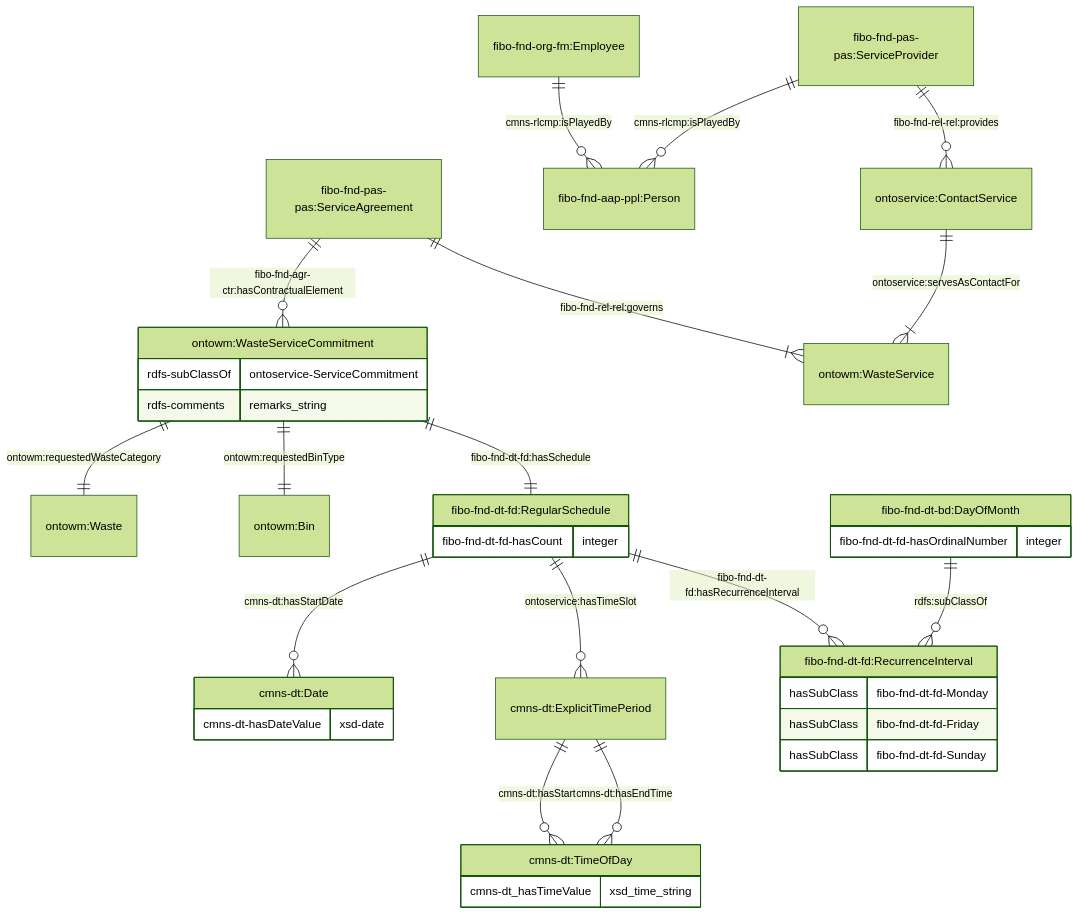
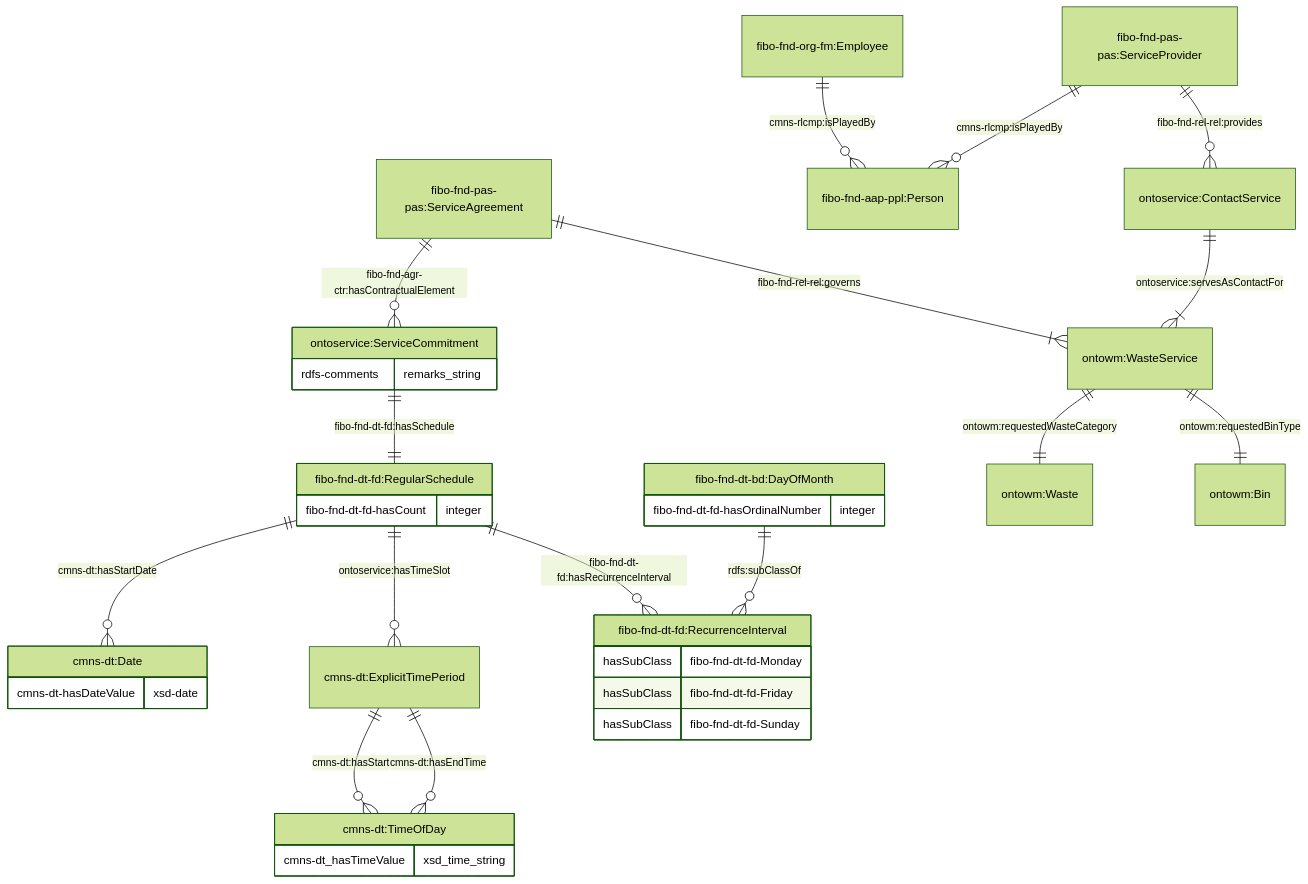
The second of 8 diagrams in JPS_Ontology/ontology/ontowastemanagement/README.md (cambridge-cares/TheWorldAvatar), drawn with Mermaid (forest theme) before and after one commit. The commit also changed other lines of this file and 2 other files, not shown here.

Commit message:
dev-ontowastemanagement: Remove waste service commitment and move its properties to the waste service

````diff
--- a/JPS_Ontology/ontology/ontowastemanagement/README.md
+++ b/JPS_Ontology/ontology/ontowastemanagement/README.md
@@ -109,45 +111,44 @@
 ```mermaid
     erDiagram
-    "fibo-fnd-pas-pas:ServiceAgreement" ||--o{ "ontowm:WasteServiceCommitment" : "fibo-fnd-agr-ctr:hasContractualElement"
+    "fibo-fnd-pas-pas:ServiceAgreement" ||--o{ "ontoservice:ServiceCommitment" : "fibo-fnd-agr-ctr:hasContractualElement"
 
-    "ontowm:WasteServiceCommitment" {
-        rdfs-subClassOf ontoservice-ServiceCommitment
+    "ontoservice:ServiceCommitment" {
         rdfs-comments remarks_string
     }
 
-    "ontowm:WasteServiceCommitment" ||--|| "ontowm:Waste" : "ontowm:requestedWasteCategory"
-    "ontowm:WasteServiceCommitment" ||--|| "ontowm:Bin" : "ontowm:requestedBinType"
-
-    "ontowm:WasteServiceCommitment" ||--|| "fibo-fnd-dt-fd:RegularSchedule" : "fibo-fnd-dt-fd:hasSchedule"
+    "ontoservice:ServiceCommitment" ||--|| "fibo-fnd-dt-fd:RegularSchedule" : "fibo-fnd-dt-fd:hasSchedule"
      "fibo-fnd-dt-fd:RegularSchedule" {
         fibo-fnd-dt-fd-hasCount integer
     }
     "fibo-fnd-dt-fd:RegularSchedule" ||--o{ "cmns-dt:Date" : "cmns-dt:hasStartDate"
     "cmns-dt:Date" {
         cmns-dt-hasDateValue xsd-date
     }
 
     "fibo-fnd-dt-fd:RegularSchedule" ||--o{ "cmns-dt:ExplicitTimePeriod" : "ontoservice:hasTimeSlot"
     "cmns-dt:ExplicitTimePeriod" ||--o{ "cmns-dt:TimeOfDay" : "cmns-dt:hasStart"
     "cmns-dt:ExplicitTimePeriod" ||--o{ "cmns-dt:TimeOfDay" : "cmns-dt:hasEndTime"
     "cmns-dt:TimeOfDay" {
         cmns-dt_hasTimeValue xsd_time_string
     }
 
     "fibo-fnd-dt-fd:RegularSchedule" ||--o{ "fibo-fnd-dt-fd:RecurrenceInterval" : "fibo-fnd-dt-fd:hasRecurrenceInterval"
     "fibo-fnd-dt-fd:RecurrenceInterval" {
         hasSubClass fibo-fnd-dt-fd-Monday
         hasSubClass fibo-fnd-dt-fd-Friday
         hasSubClass fibo-fnd-dt-fd-Sunday
     }
     "fibo-fnd-dt-bd:DayOfMonth" ||--o{ "fibo-fnd-dt-fd:RecurrenceInterval" : "rdfs:subClassOf"
     "fibo-fnd-dt-bd:DayOfMonth" {
         fibo-fnd-dt-fd-hasOrdinalNumber integer
     }
 
     "fibo-fnd-pas-pas:ServiceAgreement" ||--|{ "ontowm:WasteService" : "fibo-fnd-rel-rel:governs"
+    "ontowm:WasteService" ||--|| "ontowm:Waste" : "ontowm:requestedWasteCategory"
+    "ontowm:WasteService" ||--|| "ontowm:Bin" : "ontowm:requestedBinType"
+
     "fibo-fnd-org-fm:Employee" ||--o{ "fibo-fnd-aap-ppl:Person"  : "cmns-rlcmp:isPlayedBy"
     "fibo-fnd-pas-pas:ServiceProvider" ||--o{ "fibo-fnd-aap-ppl:Person"  : "cmns-rlcmp:isPlayedBy"
     "fibo-fnd-pas-pas:ServiceProvider" ||--o{ "ontoservice:ContactService"  : "fibo-fnd-rel-rel:provides"
     "ontoservice:ContactService" ||--|{ "ontowm:WasteService" : "ontoservice:servesAsContactFor"
 ```
````
